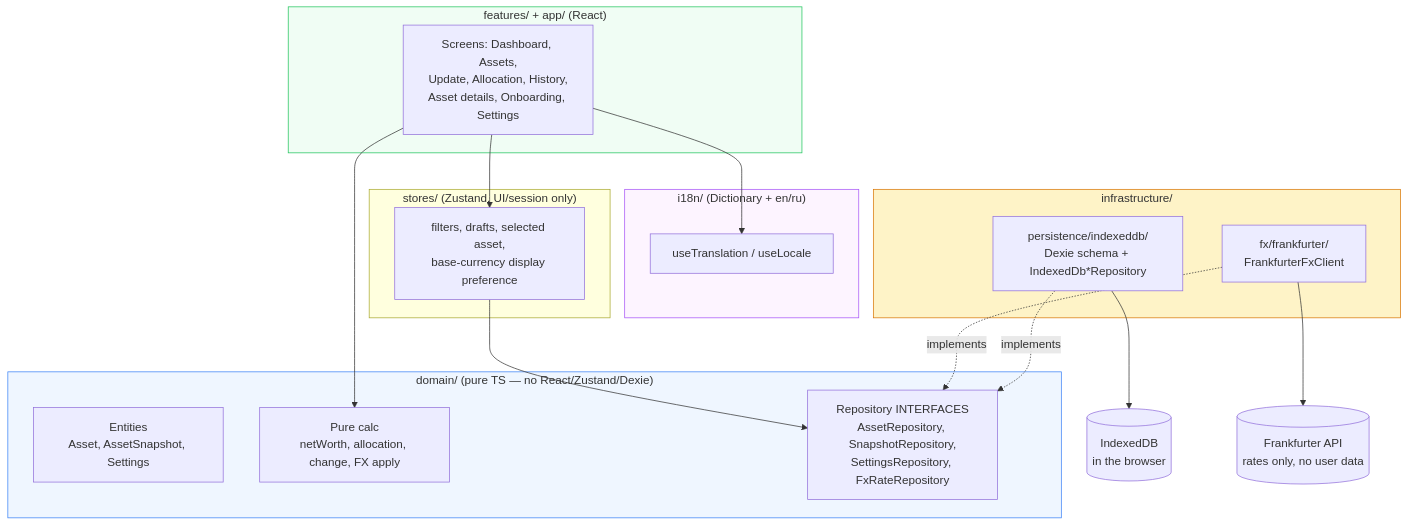
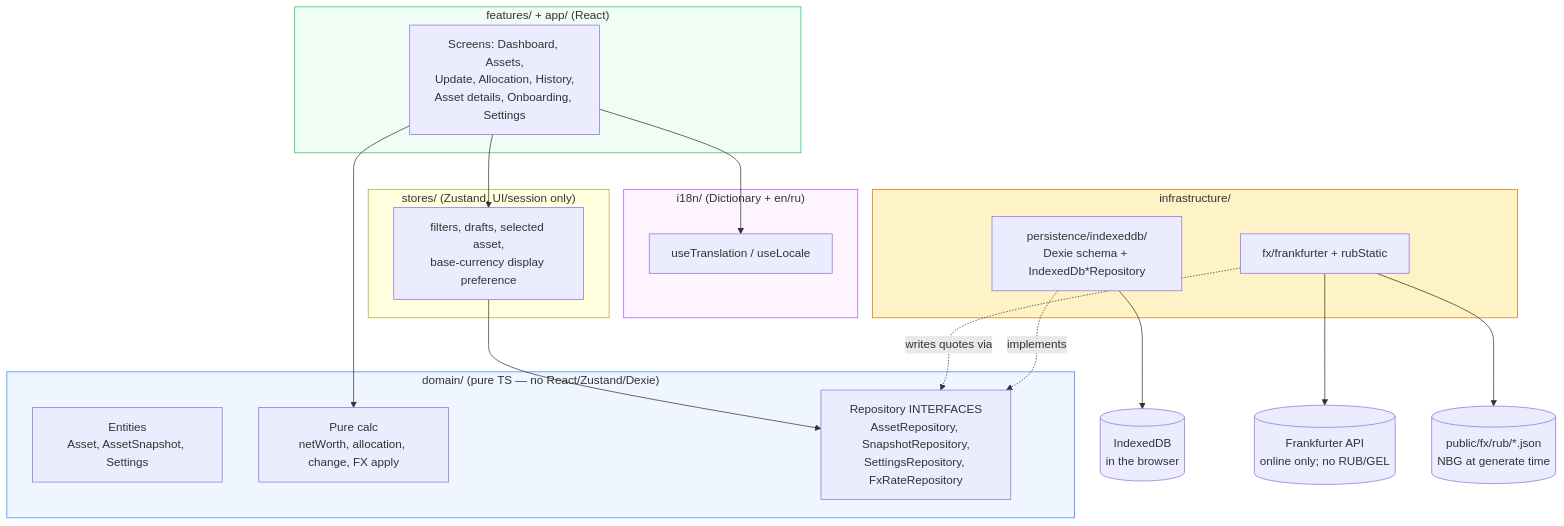
Before and after one commit to ZhannaM85/my-money: the first of 2 diagrams in docs/ARCHITECTURE.md, drawn with Mermaid. The commit also changed other lines of this file and 13 other files, not shown here.

````diff
--- a/docs/ARCHITECTURE.md
+++ b/docs/ARCHITECTURE.md
@@ -19,35 +19,36 @@
 ```mermaid
 flowchart TD
     subgraph UI ["features/ + app/  (React)"]
         A["Screens: Dashboard, Assets,<br/>Update, Allocation, History,<br/>Asset details, Onboarding, Settings"]
     end
     subgraph I18n ["i18n/  (Dictionary + en/ru)"]
         Z["useTranslation / useLocale"]
     end
     subgraph State ["stores/  (Zustand, UI/session only)"]
         B["filters, drafts, selected asset,<br/>base-currency display preference"]
     end
     subgraph Domain ["domain/  (pure TS — no React/Zustand/Dexie)"]
         C["Entities<br/>Asset, AssetSnapshot, Settings"]
         D["Pure calc<br/>netWorth, allocation, change, FX apply"]
         E["Repository INTERFACES<br/>AssetRepository, SnapshotRepository,<br/>SettingsRepository, FxRateRepository"]
     end
     subgraph Infra ["infrastructure/"]
         F["persistence/indexeddb/<br/>Dexie schema + IndexedDb*Repository"]
-        G["fx/frankfurter/<br/>FrankfurterFxClient"]
+        G["fx/frankfurter + rubStatic"]
     end
 
     A --> B
     A --> Z
     B --> E
     A --> D
-    G -. implements .-> E
+    G -. writes quotes via .-> E
     F -. implements .-> E
     F --> H[("IndexedDB<br/>in the browser")]
-    G --> I[("Frankfurter API<br/>rates only, no user data")]
+    G --> I[("Frankfurter API<br/>online only; no RUB/GEL")]
+    G --> J[("public/fx/rub/*.json<br/>NBG at generate time")]
 
     style Domain fill:#eff6ff,stroke:#3b82f6
     style Infra fill:#fef3c7,stroke:#d97706
     style UI fill:#f0fdf4,stroke:#22c55e
     style I18n fill:#fdf4ff,stroke:#a855f7
 ```
````
